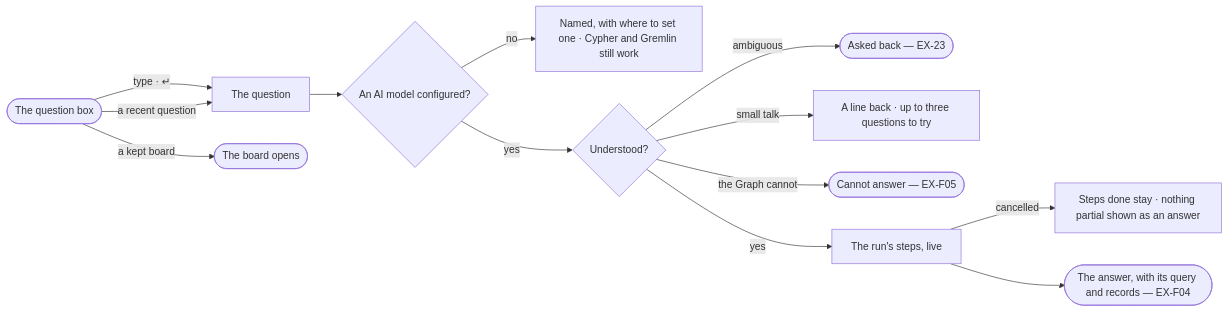
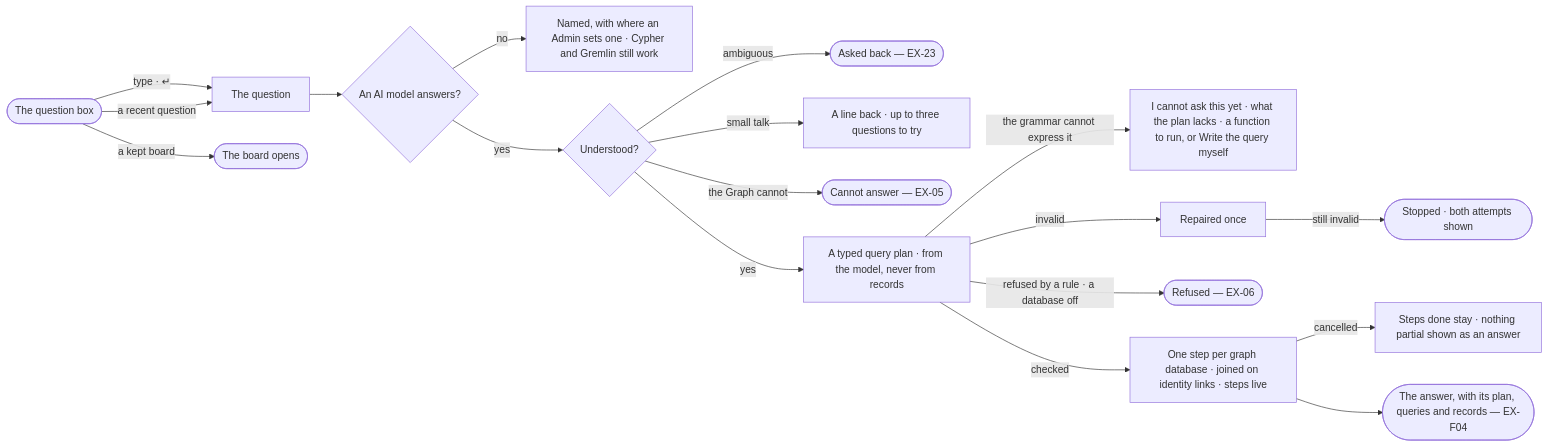
Before and after one commit to invana/invana: the diagram in specs/capabilities/explore/features/EX-F03-ask-a-question/stories/EX-01-ask-in-plain-words/story.md, drawn with Mermaid. The commit also changed other lines of this file and 522 other files, not shown here.

````diff
--- a/specs/capabilities/explore/features/EX-F03-ask-a-question/stories/EX-01-ask-in-plain-words/story.md
+++ b/specs/capabilities/explore/features/EX-F03-ask-a-question/stories/EX-01-ask-in-plain-words/story.md
@@ -27,15 +28,19 @@
 ```mermaid
 flowchart LR
   a([The question box]) -->|type · ↵| q["The question"]
   a -->|a recent question| q
   a -->|a kept board| b([The board opens])
-  q --> llm{An AI model configured?}
-  llm -->|no| nl["Named, with where to set one · Cypher and Gremlin still work"]
+  q --> llm{An AI model answers?}
+  llm -->|no| nl["Named, with where an Admin sets one · Cypher and Gremlin still work"]
   llm -->|yes| u{Understood?}
   u -->|ambiguous| cq(["Asked back — EX-23"])
   u -->|small talk| t["A line back · up to three questions to try"]
-  u -->|the Graph cannot| ca(["Cannot answer — EX-F05"])
-  u -->|yes| r["The run's steps, live"]
+  u -->|the Graph cannot| ca(["Cannot answer — EX-05"])
+  u -->|yes| p["A typed query plan · from the model, never from records"]
+  p -->|the grammar cannot express it| gap["I cannot ask this yet · what the plan lacks · a function to run, or Write the query myself"]
+  p -->|invalid| rp["Repaired once"] -->|still invalid| st(["Stopped · both attempts shown"])
+  p -->|refused by a rule · a database off| rf(["Refused — EX-06"])
+  p -->|checked| r["One step per graph database · joined on identity links · steps live"]
   r -->|cancelled| c["Steps done stay · nothing partial shown as an answer"]
-  r --> ans(["The answer, with its query and records — EX-F04"])
+  r --> ans(["The answer, with its plan, queries and records — EX-F04"])
 ```
````
